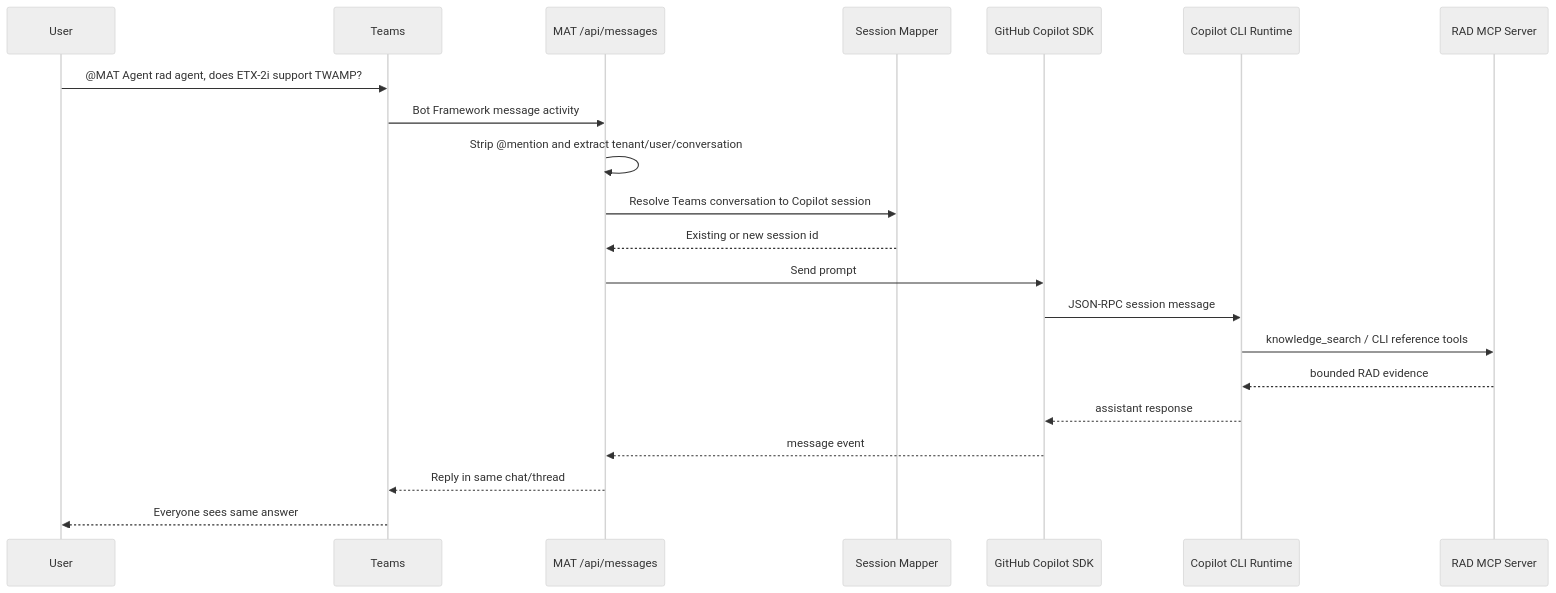
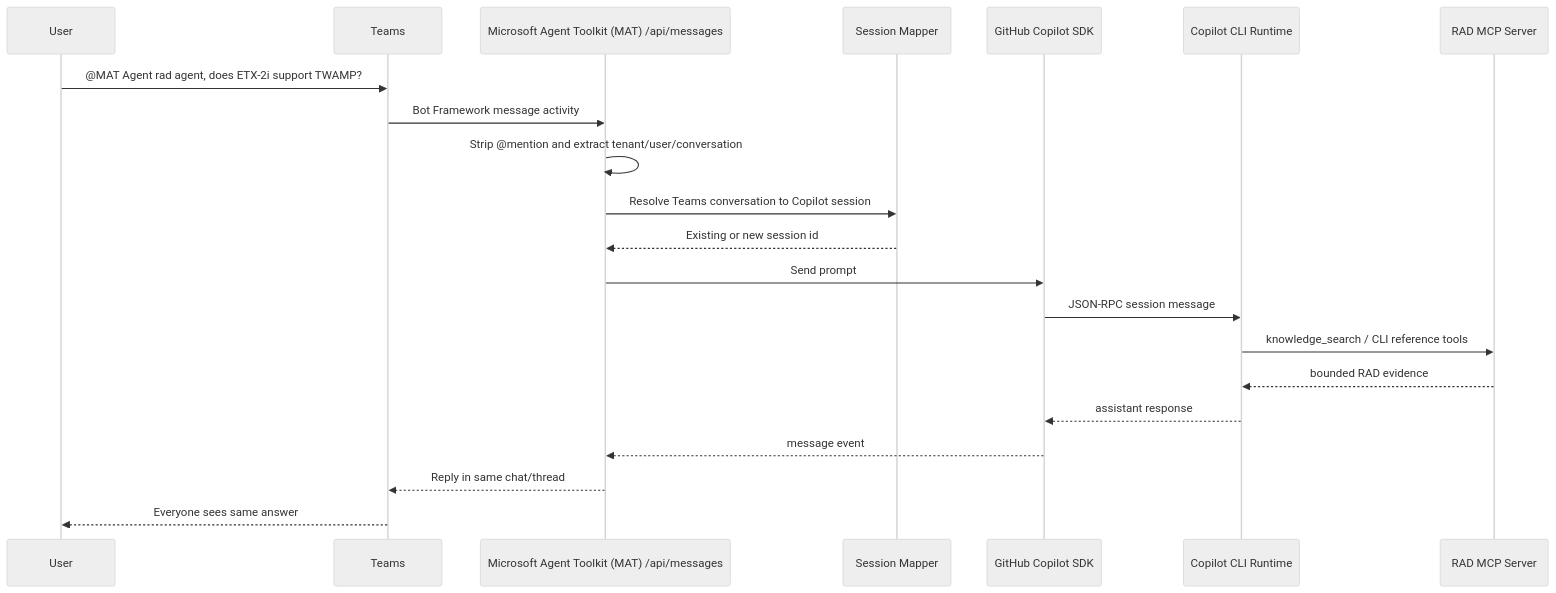
One commit to uzigolan/mat-m365-copilot-rad-agent changed the second of 4 diagrams in docs/m365-copilot-rad-agent-architecture.md. Above: the diagram before and after it, drawn with Mermaid (neutral theme). The commit also changed other lines of this file and 8 other files, not shown here.

Commit message:
Clarify Microsoft Agent Toolkit naming

````diff
--- a/docs/m365-copilot-rad-agent-architecture.md
+++ b/docs/m365-copilot-rad-agent-architecture.md
@@ -166,24 +166,24 @@
 ```mermaid
 sequenceDiagram
     participant User
     participant Teams
-    participant MAT as MAT /api/messages
+    participant MAT as Microsoft Agent Toolkit (MAT) /api/messages
     participant Sessions as Session Mapper
     participant Copilot as GitHub Copilot SDK
     participant Runtime as Copilot CLI Runtime
     participant RAD as RAD MCP Server
 
     User->>Teams: @MAT Agent rad agent, does ETX-2i support TWAMP?
     Teams->>MAT: Bot Framework message activity
     MAT->>MAT: Strip @mention and extract tenant/user/conversation
     MAT->>Sessions: Resolve Teams conversation to Copilot session
     Sessions-->>MAT: Existing or new session id
     MAT->>Copilot: Send prompt
     Copilot->>Runtime: JSON-RPC session message
     Runtime->>RAD: knowledge_search / CLI reference tools
     RAD-->>Runtime: bounded RAD evidence
     Runtime-->>Copilot: assistant response
     Copilot-->>MAT: message event
     MAT-->>Teams: Reply in same chat/thread
     Teams-->>User: Everyone sees same answer
 ```
````
